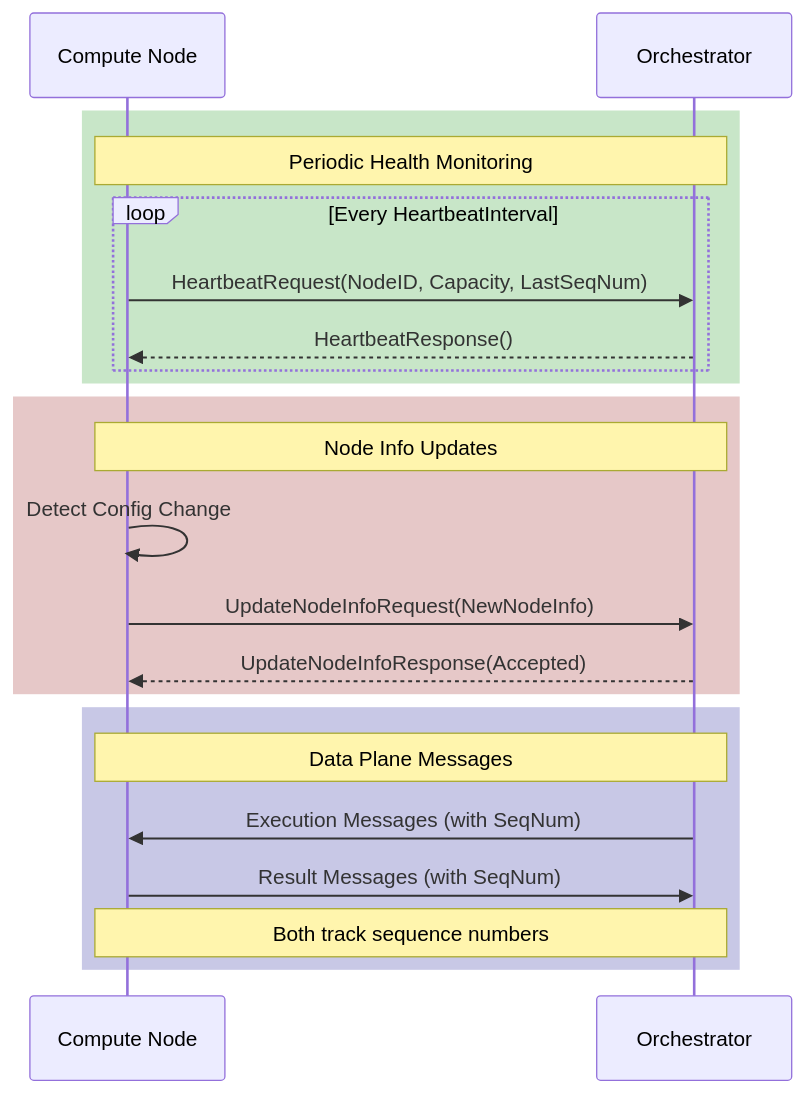
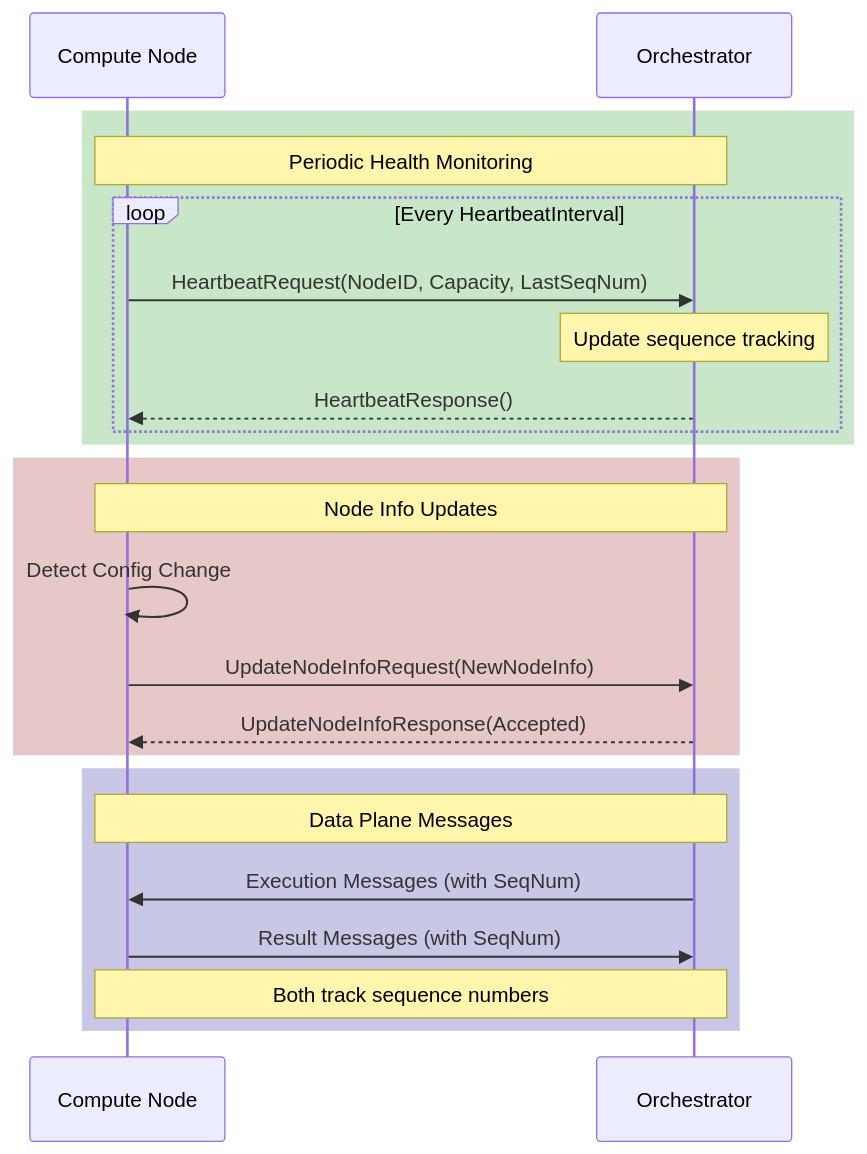
One commit to bacalhau-project/bacalhau changed the second of 3 diagrams in pkg/transport/nclprotocol/README.md. Above: the diagram before and after it, drawn with Mermaid. The commit also changed other lines of this file, not shown here.

````diff
--- a/pkg/transport/nclprotocol/README.md
+++ b/pkg/transport/nclprotocol/README.md
@@ -226,27 +251,28 @@
 ```mermaid
 sequenceDiagram
     participant C as Compute Node
     participant O as Orchestrator
 
     rect rgb(200, 230, 200)
         Note over C,O: Periodic Health Monitoring
         loop Every HeartbeatInterval
             C->>O: HeartbeatRequest(NodeID, Capacity, LastSeqNum)
+            Note over O: Update sequence tracking
             O-->>C: HeartbeatResponse()
         end
     end
 
     rect rgb(230, 200, 200)
         Note over C,O: Node Info Updates
         C->>C: Detect Config Change
         C->>O: UpdateNodeInfoRequest(NewNodeInfo)
         O-->>C: UpdateNodeInfoResponse(Accepted)
     end
 
     rect rgb(200, 200, 230)
         Note over C,O: Data Plane Messages
         O->>C: Execution Messages (with SeqNum)
         C->>O: Result Messages (with SeqNum)
         Note over C,O: Both track sequence numbers
     end
 ```
````
